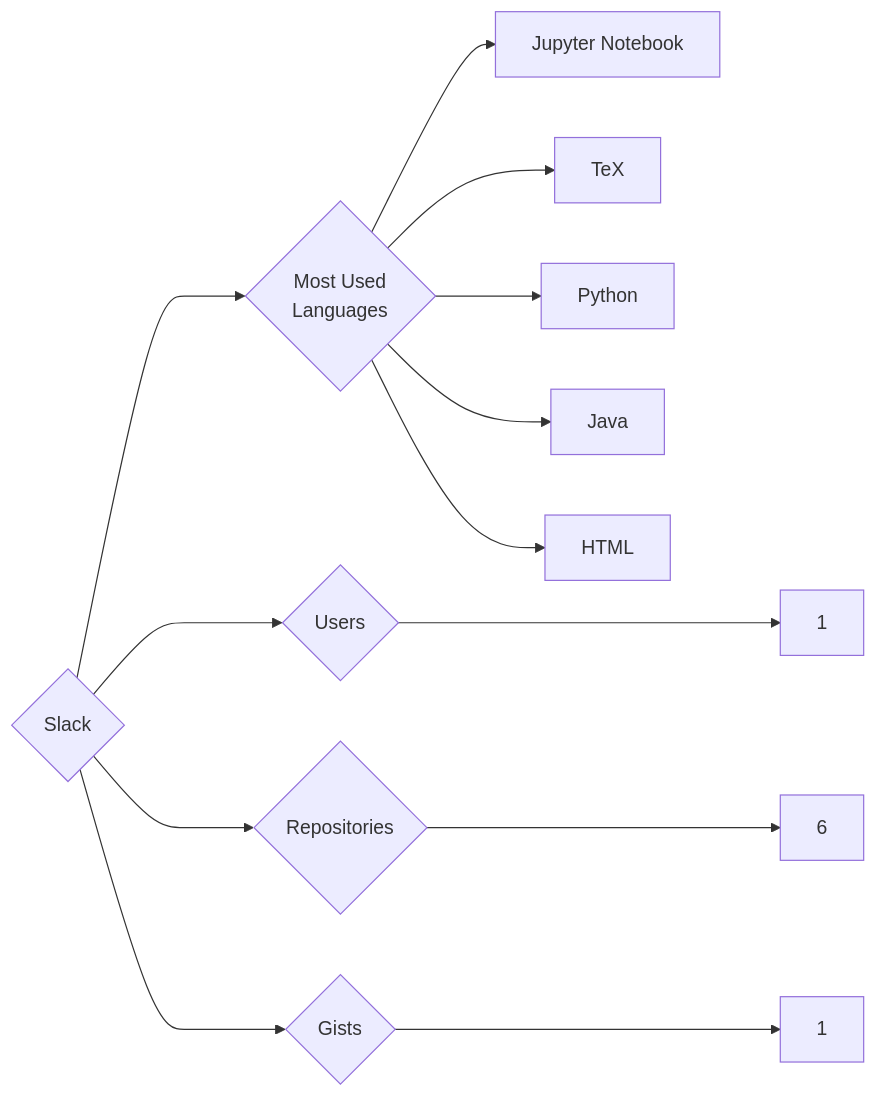
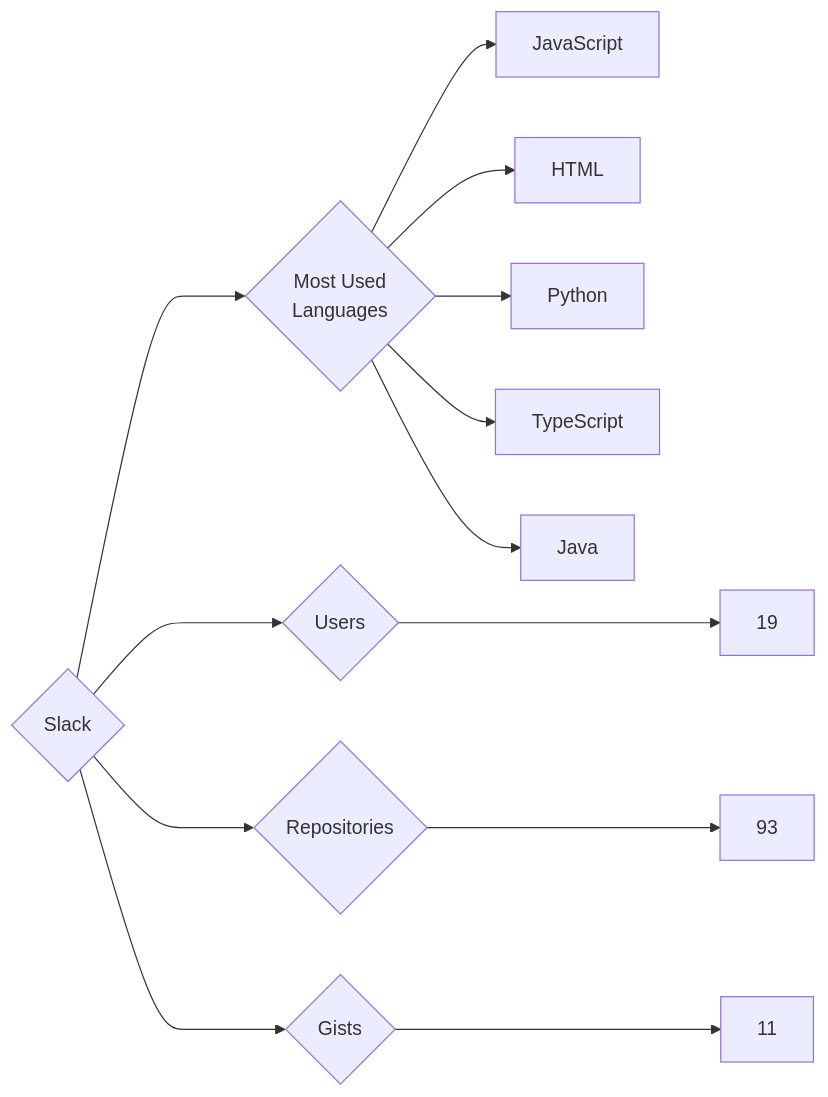
One commit to trickest/insiders changed the diagram in targets/Slack/README.md. Above: the diagram before and after it, drawn with Mermaid. The commit also changed 973 other files, not shown here.

````diff
--- a/targets/Slack/README.md
+++ b/targets/Slack/README.md
@@ -3,13 +3,13 @@
 ```mermaid
 graph LR
 COMPANY_NAME{Slack}
-COMPANY_NAME ---> U{Users} ---> UN[1]
-COMPANY_NAME ---> R{Repositories} ---> RN[6]
-COMPANY_NAME ---> G{Gists} ---> GN[1]
+COMPANY_NAME ---> U{Users} ---> UN[19]
+COMPANY_NAME ---> R{Repositories} ---> RN[93]
+COMPANY_NAME ---> G{Gists} ---> GN[11]
 COMPANY_NAME ---> ML{Most Used<br>Languages}
-ML --> Jupyter_Notebook[Jupyter Notebook]
-ML --> TeX[TeX]
+ML --> JavaScript[JavaScript]
+ML --> HTML[HTML]
 ML --> Python[Python]
+ML --> TypeScript[TypeScript]
 ML --> Java[Java]
-ML --> HTML[HTML]
 ```
````
